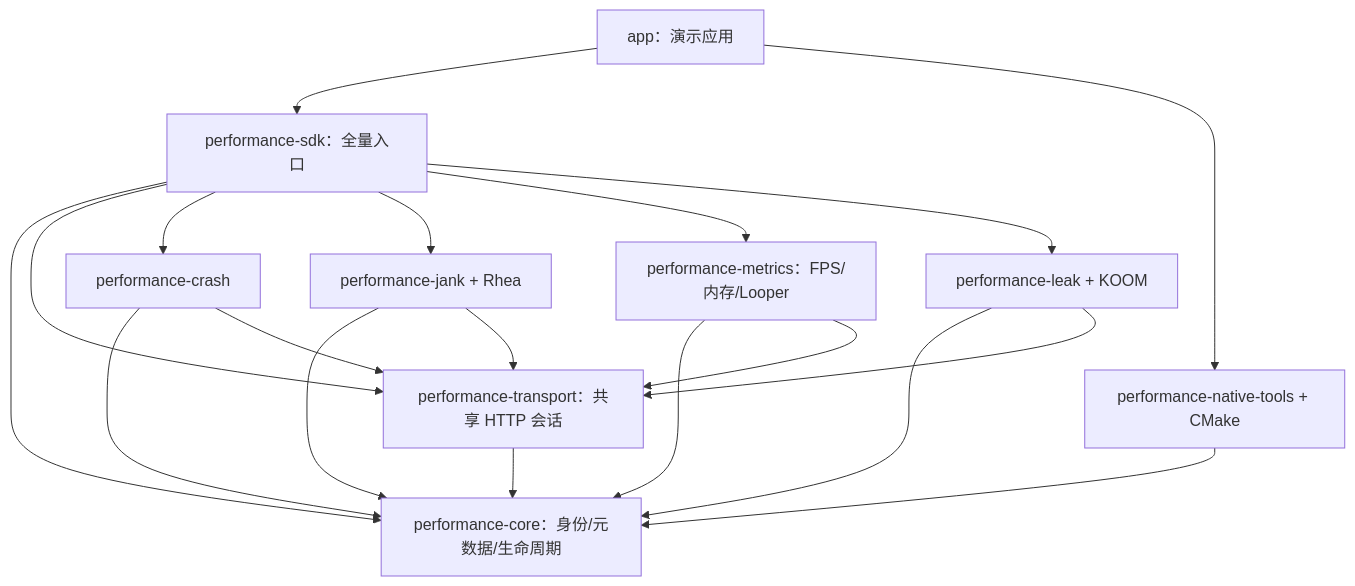
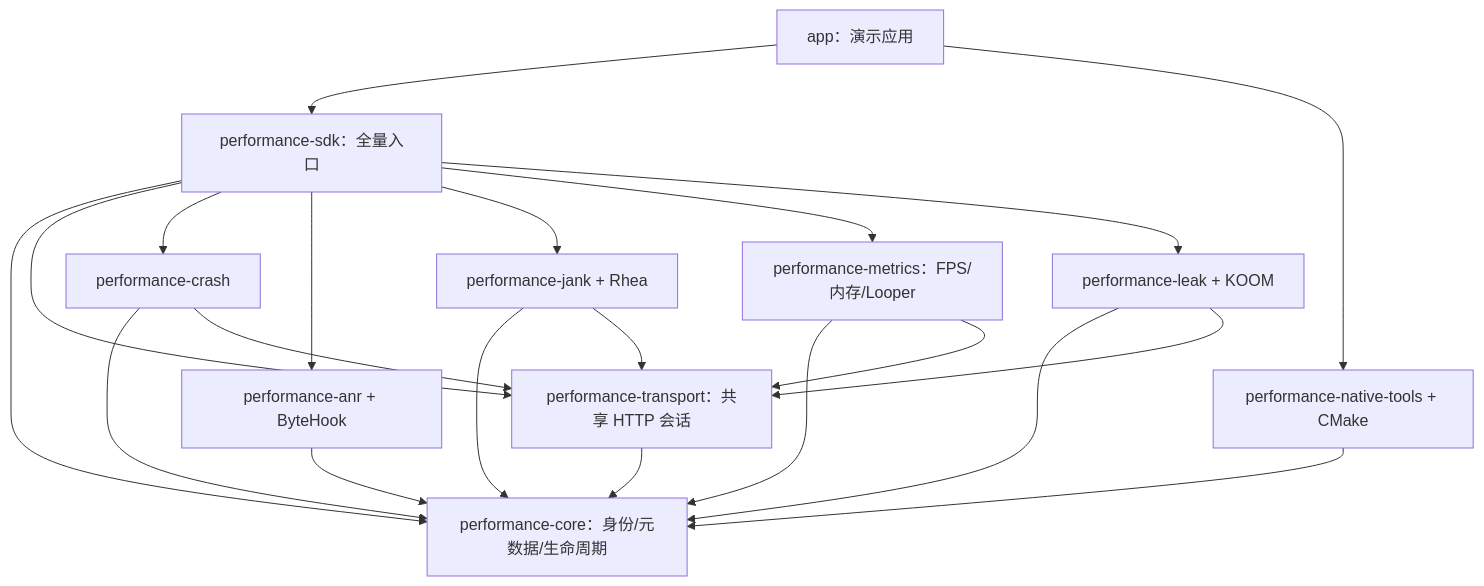
The diagram in android/docs/knowledge-base/01-模块架构与源码导航.md (mashanshui/apm-server), drawn with Mermaid before and after one commit. The commit also changed other lines of this file and 101 other files, not shown here.

```diff
--- a/android/docs/knowledge-base/01-模块架构与源码导航.md
+++ b/android/docs/knowledge-base/01-模块架构与源码导航.md
@@ -9,21 +9,23 @@
 ~~~mermaid
 flowchart TD
     App["app：演示应用"] --> SDK["performance-sdk：全量入口"]
     SDK --> Core["performance-core：身份/元数据/生命周期"]
     SDK --> Transport["performance-transport：共享 HTTP 会话"]
     SDK --> Crash["performance-crash"]
+    SDK --> ANR["performance-anr + ByteHook"]
     SDK --> Jank["performance-jank + Rhea"]
     SDK --> Metrics["performance-metrics：FPS/内存/Looper"]
     SDK --> Leak["performance-leak + KOOM"]
     App --> Native["performance-native-tools + CMake"]
     Crash --> Core
     Crash --> Transport
+    ANR --> Core
     Jank --> Core
     Jank --> Transport
     Metrics --> Core
     Metrics --> Transport
     Leak --> Core
     Leak --> Transport
     Native --> Core
     Transport --> Core
 ~~~
```
